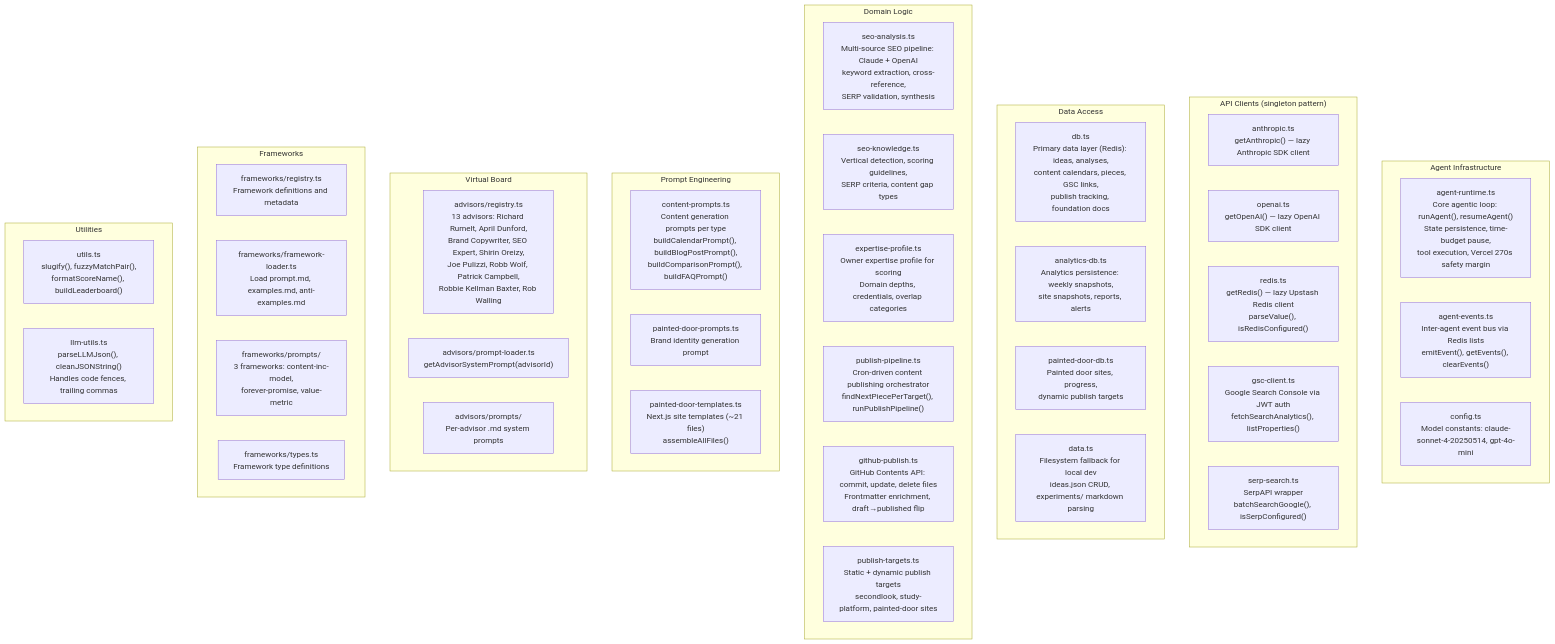
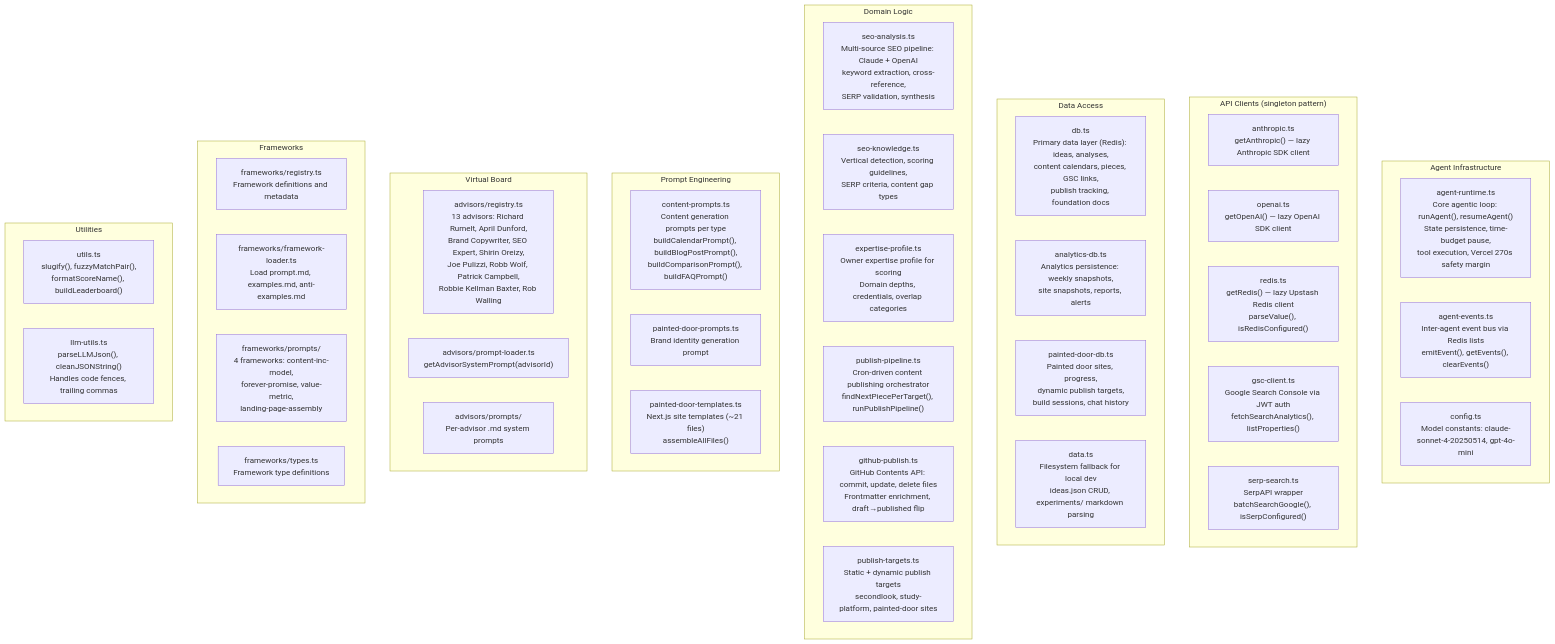
One commit to cwhogg/epch-projects changed the third of 11 diagrams in docs/architecture.md. Above: the diagram before and after it, drawn with Mermaid. The commit also changed other lines of this file, not shown here.

Commit message:
docs: update architecture reference with interactive website builder components

````diff
--- a/docs/architecture.md
+++ b/docs/architecture.md
@@ -213,62 +219,62 @@
 ```mermaid
 graph TB
     subgraph Runtime["Agent Infrastructure"]
         agent_runtime["agent-runtime.ts<br/>Core agentic loop: runAgent(), resumeAgent()<br/>State persistence, time-budget pause,<br/>tool execution, Vercel 270s safety margin"]
         agent_events["agent-events.ts<br/>Inter-agent event bus via Redis lists<br/>emitEvent(), getEvents(), clearEvents()"]
         config["config.ts<br/>Model constants: claude-sonnet-4-20250514, gpt-4o-mini"]
     end
 
     subgraph Clients["API Clients (singleton pattern)"]
         anthropic["anthropic.ts<br/>getAnthropic() — lazy Anthropic SDK client"]
         openai["openai.ts<br/>getOpenAI() — lazy OpenAI SDK client"]
         redis_mod["redis.ts<br/>getRedis() — lazy Upstash Redis client<br/>parseValue(), isRedisConfigured()"]
         gsc_client["gsc-client.ts<br/>Google Search Console via JWT auth<br/>fetchSearchAnalytics(), listProperties()"]
         serp_search["serp-search.ts<br/>SerpAPI wrapper<br/>batchSearchGoogle(), isSerpConfigured()"]
     end
 
     subgraph Persistence["Data Access"]
         db["db.ts<br/>Primary data layer (Redis): ideas, analyses,<br/>content calendars, pieces, GSC links,<br/>publish tracking, foundation docs"]
         analytics_db["analytics-db.ts<br/>Analytics persistence: weekly snapshots,<br/>site snapshots, reports, alerts"]
-        painted_door_db["painted-door-db.ts<br/>Painted door sites, progress,<br/>dynamic publish targets"]
+        painted_door_db["painted-door-db.ts<br/>Painted door sites, progress,<br/>dynamic publish targets,<br/>build sessions, chat history"]
         data["data.ts<br/>Filesystem fallback for local dev<br/>ideas.json CRUD, experiments/ markdown parsing"]
     end
 
     subgraph DomainLogic["Domain Logic"]
         seo_analysis["seo-analysis.ts<br/>Multi-source SEO pipeline: Claude + OpenAI<br/>keyword extraction, cross-reference,<br/>SERP validation, synthesis"]
         seo_knowledge["seo-knowledge.ts<br/>Vertical detection, scoring guidelines,<br/>SERP criteria, content gap types"]
         expertise_profile["expertise-profile.ts<br/>Owner expertise profile for scoring<br/>Domain depths, credentials, overlap categories"]
         publish_pipeline["publish-pipeline.ts<br/>Cron-driven content publishing orchestrator<br/>findNextPiecePerTarget(), runPublishPipeline()"]
         github_publish["github-publish.ts<br/>GitHub Contents API: commit, update, delete files<br/>Frontmatter enrichment, draft→published flip"]
         publish_targets["publish-targets.ts<br/>Static + dynamic publish targets<br/>secondlook, study-platform, painted-door sites"]
     end
 
     subgraph Prompts["Prompt Engineering"]
         content_prompts["content-prompts.ts<br/>Content generation prompts per type<br/>buildCalendarPrompt(), buildBlogPostPrompt(),<br/>buildComparisonPrompt(), buildFAQPrompt()"]
         painted_door_prompts["painted-door-prompts.ts<br/>Brand identity generation prompt"]
         painted_door_templates["painted-door-templates.ts<br/>Next.js site templates (~21 files)<br/>assembleAllFiles()"]
     end
 
     subgraph Frameworks["Frameworks"]
         frameworks_registry["frameworks/registry.ts<br/>Framework metadata registry"]
         frameworks_loader["frameworks/framework-loader.ts<br/>getFrameworkPrompt(frameworkId)<br/>Reads prompt.md from disk"]
         frameworks_prompts["frameworks/prompts/<br/>Per-framework prompt + examples"]
     end
 
     subgraph Advisors["Virtual Board"]
         advisors_registry["advisors/registry.ts<br/>13 advisors: Richard Rumelt, April Dunford,<br/>Brand Copywriter, SEO Expert, Shirin Oreizy,<br/>Joe Pulizzi, Robb Wolf, Patrick Campbell,<br/>Robbie Kellman Baxter, Rob Walling"]
         advisors_loader["advisors/prompt-loader.ts<br/>getAdvisorSystemPrompt(advisorId)"]
         advisors_prompts["advisors/prompts/<br/>Per-advisor .md system prompts"]
     end
 
     subgraph Frameworks["Framework Library"]
         frameworks_registry["frameworks/registry.ts<br/>Framework definitions and metadata"]
         frameworks_loader["frameworks/framework-loader.ts<br/>Load prompt.md, examples.md, anti-examples.md"]
         frameworks_types["frameworks/types.ts<br/>Framework type definitions"]
-        frameworks_prompts["frameworks/prompts/<br/>3 frameworks: content-inc-model,<br/>forever-promise, value-metric"]
+        frameworks_prompts["frameworks/prompts/<br/>4 frameworks: content-inc-model,<br/>forever-promise, value-metric,<br/>landing-page-assembly"]
     end
 
     subgraph Utilities["Utilities"]
         utils["utils.ts<br/>slugify(), fuzzyMatchPair(),<br/>formatScoreName(), buildLeaderboard()"]
         llm_utils["llm-utils.ts<br/>parseLLMJson(), cleanJSONString()<br/>Handles code fences, trailing commas"]
     end
 ```
````
